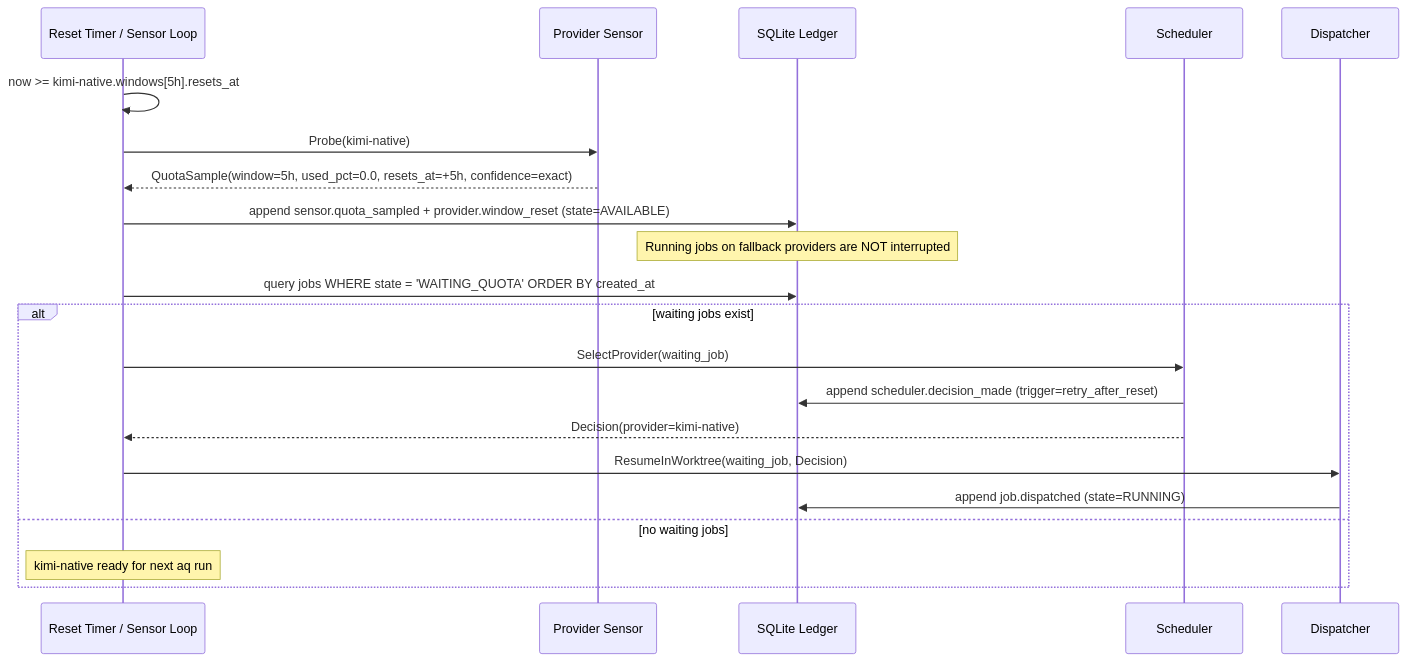
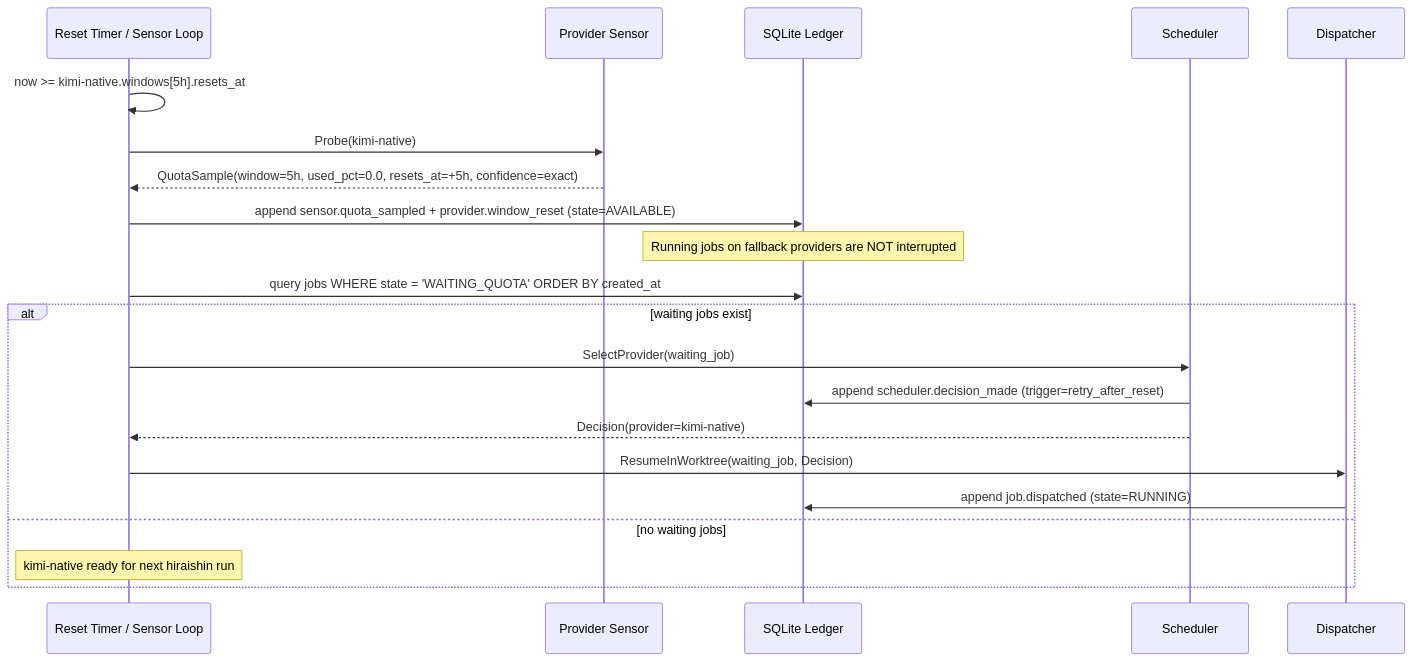
One commit to KurobaneShin/hiraishin changed the sixth of 6 diagrams in docs/architecture.md. Above: the diagram before and after it, drawn with Mermaid. The commit also changed other lines of this file and 199 other files, not shown here.

````diff
--- a/docs/architecture.md
+++ b/docs/architecture.md
@@ -335,24 +344,24 @@
 ```mermaid
 sequenceDiagram
     participant Timer as Reset Timer / Sensor Loop
     participant Sensor as Provider Sensor
     participant Ledger as SQLite Ledger
     participant Sched as Scheduler
     participant Disp as Dispatcher
 
     Timer->>Timer: now >= kimi-native.windows[5h].resets_at
     Timer->>Sensor: Probe(kimi-native)
     Sensor-->>Timer: QuotaSample(window=5h, used_pct=0.0, resets_at=+5h, confidence=exact)
     Timer->>Ledger: append sensor.quota_sampled + provider.window_reset (state=AVAILABLE)
     Note over Ledger: Running jobs on fallback providers are NOT interrupted
     Timer->>Ledger: query jobs WHERE state = 'WAITING_QUOTA' ORDER BY created_at
     alt waiting jobs exist
         Timer->>Sched: SelectProvider(waiting_job)
         Sched->>Ledger: append scheduler.decision_made (trigger=retry_after_reset)
         Sched-->>Timer: Decision(provider=kimi-native)
         Timer->>Disp: ResumeInWorktree(waiting_job, Decision)
         Disp->>Ledger: append job.dispatched (state=RUNNING)
     else no waiting jobs
-        Note over Timer: kimi-native ready for next aq run
+        Note over Timer: kimi-native ready for next hiraishin run
     end
 ```
````
